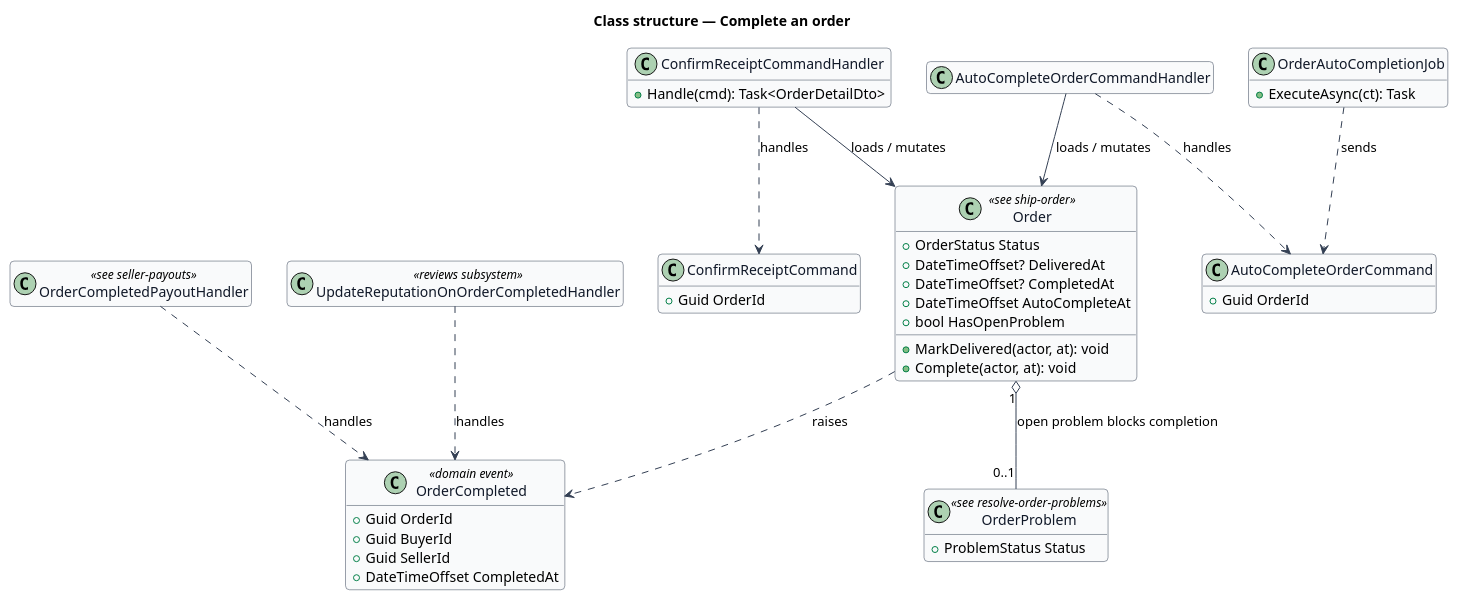
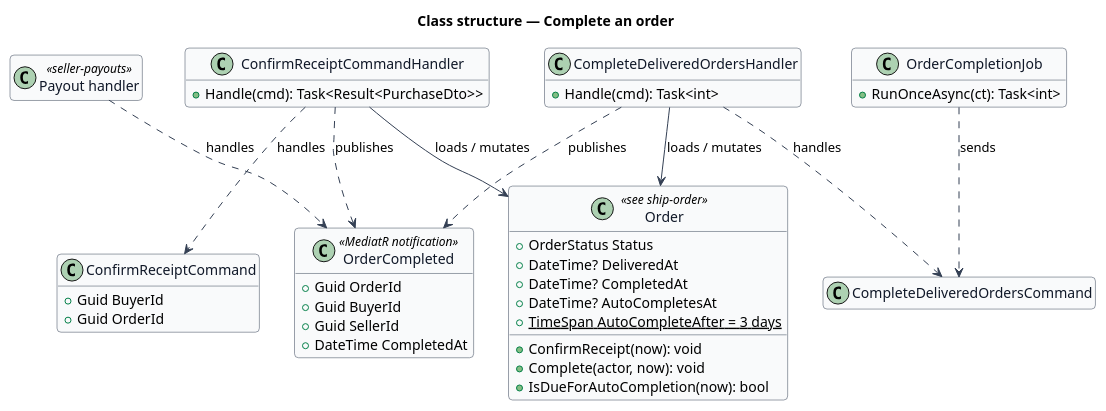
One commit to QuinntyneBrown/12l changed the diagram in docs/detailed-designs/orders/complete-order/diagrams/class-structure.puml. Above: the diagram before and after it, drawn with PlantUML. The commit also changed 21 other files, not shown here.

Commit message:
Document complete-order: design, ADR, L2-034, mocks, composition, estimates

```diff
--- a/docs/detailed-designs/orders/complete-order/diagrams/class-structure.puml
+++ b/docs/detailed-designs/orders/complete-order/diagrams/class-structure.puml
@@ -1,57 +1,54 @@
 @startuml
 skinparam backgroundColor #FFFFFF
 skinparam shadowing false
 skinparam roundcorner 8
 skinparam defaultFontName Arial
 skinparam ArrowColor #344054
 skinparam class {
   BorderColor #344054
   FontColor #101828
   BackgroundColor #F9FAFB
 }
 hide empty members
 title Class structure — Complete an order
 
 class Order <<see ship-order>> {
   +OrderStatus Status
-  +DateTimeOffset? DeliveredAt
-  +DateTimeOffset? CompletedAt
-  +DateTimeOffset AutoCompleteAt
-  +bool HasOpenProblem
-  +MarkDelivered(actor, at): void
-  +Complete(actor, at): void
+  +DateTime? DeliveredAt
+  +DateTime? CompletedAt
+  +DateTime? AutoCompletesAt
+  +{static} TimeSpan AutoCompleteAfter = 3 days
+  +ConfirmReceipt(now): void
+  +Complete(actor, now): void
+  +IsDueForAutoCompletion(now): bool
 }
 class ConfirmReceiptCommand {
+  +Guid BuyerId
   +Guid OrderId
 }
 class ConfirmReceiptCommandHandler {
-  +Handle(cmd): Task<OrderDetailDto>
+  +Handle(cmd): Task<Result<PurchaseDto>>
 }
-class AutoCompleteOrderCommand {
-  +Guid OrderId
+class CompleteDeliveredOrdersCommand
+class CompleteDeliveredOrdersHandler {
+  +Handle(cmd): Task<int>
 }
-class AutoCompleteOrderCommandHandler
-class OrderAutoCompletionJob {
-  +ExecuteAsync(ct): Task
+class OrderCompletionJob {
+  +RunOnceAsync(ct): Task<int>
 }
-class OrderCompleted <<domain event>> {
+class OrderCompleted <<MediatR notification>> {
   +Guid OrderId
   +Guid BuyerId
   +Guid SellerId
-  +DateTimeOffset CompletedAt
+  +DateTime CompletedAt
 }
-class OrderCompletedPayoutHandler <<see seller-payouts>>
-class UpdateReputationOnOrderCompletedHandler <<reviews subsystem>>
-class OrderProblem <<see resolve-order-problems>> {
-  +ProblemStatus Status
-}
+class "Payout handler" as PayoutHandler <<seller-payouts>>
 ConfirmReceiptCommandHandler ..> ConfirmReceiptCommand : handles
 ConfirmReceiptCommandHandler --> Order : loads / mutates
-AutoCompleteOrderCommandHandler ..> AutoCompleteOrderCommand : handles
-AutoCompleteOrderCommandHandler --> Order : loads / mutates
-OrderAutoCompletionJob ..> AutoCompleteOrderCommand : sends
-Order "1" o-- "0..1" OrderProblem : open problem blocks completion
-Order ..> OrderCompleted : raises
-OrderCompletedPayoutHandler ..> OrderCompleted : handles
-UpdateReputationOnOrderCompletedHandler ..> OrderCompleted : handles
+CompleteDeliveredOrdersHandler ..> CompleteDeliveredOrdersCommand : handles
+CompleteDeliveredOrdersHandler --> Order : loads / mutates
+OrderCompletionJob ..> CompleteDeliveredOrdersCommand : sends
+ConfirmReceiptCommandHandler ..> OrderCompleted : publishes
+CompleteDeliveredOrdersHandler ..> OrderCompleted : publishes
+PayoutHandler ..> OrderCompleted : handles
 @enduml
```
